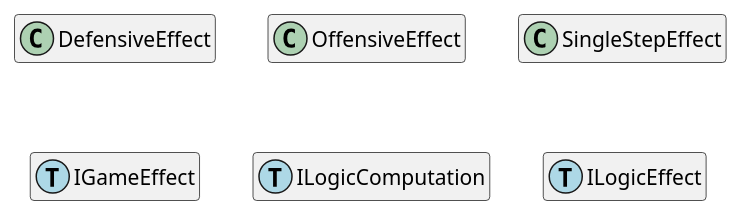
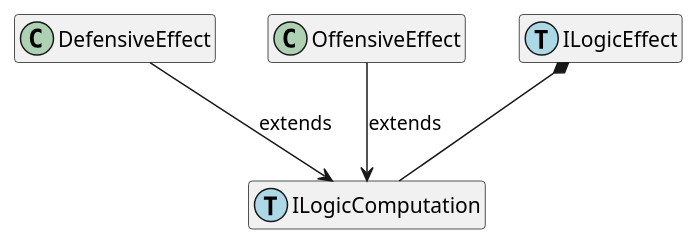
One commit to Fight-Fire-With-Scala/Scala-Fire-Tower changed the fifth of 5 diagrams in src/main/asciidoc/rickModel.adoc. Above: the diagram before and after it, drawn with PlantUML. The commit also changed other lines of this file and 1 other file, not shown here.

```diff
--- a/src/main/asciidoc/rickModel.adoc
+++ b/src/main/asciidoc/rickModel.adoc
@@ -87,14 +171,16 @@
 [plantuml, solvers, format="svg"]
 ----
 @startuml
 hide empty members
 skinparam shadowing false
 
 class DefensiveEffect
 class OffensiveEffect
-class SingleStepEffect
 
-class IGameEffect << (T, lightblue) >>
 class ILogicComputation << (T, lightblue) >>
 class ILogicEffect << (T, lightblue) >>
+
+DefensiveEffect --> ILogicComputation: extends
+OffensiveEffect --> ILogicComputation: extends
+ILogicEffect *-- ILogicComputation
 ----
```
